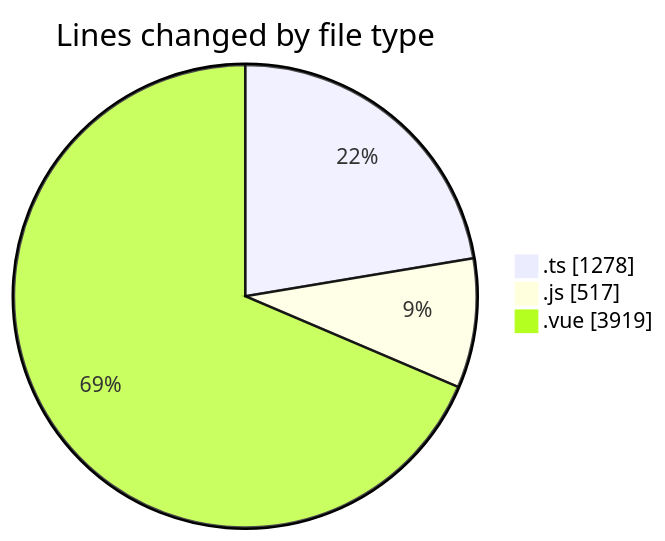
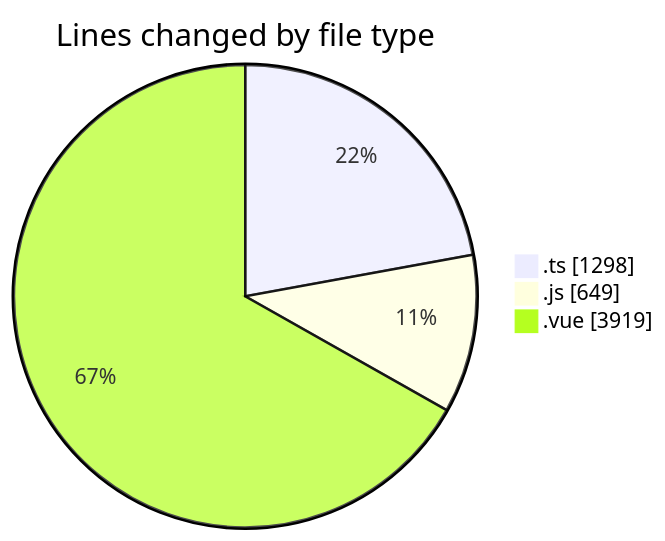
The first of 2 diagrams in 2025-08-16/rentotp/README.md (lephambinh05/code-tracking), drawn with Mermaid before and after one commit. The commit also changed other lines of this file and 1 other file, not shown here.

````diff
--- a/2025-08-16/rentotp/README.md
+++ b/2025-08-16/rentotp/README.md
@@ -36,7 +37,7 @@
 ```mermaid
 pie showData
 title Lines changed by file type
-".ts" : 1278
-".js" : 517
+".ts" : 1298
+".js" : 649
 ".vue" : 3919
 ```
````
